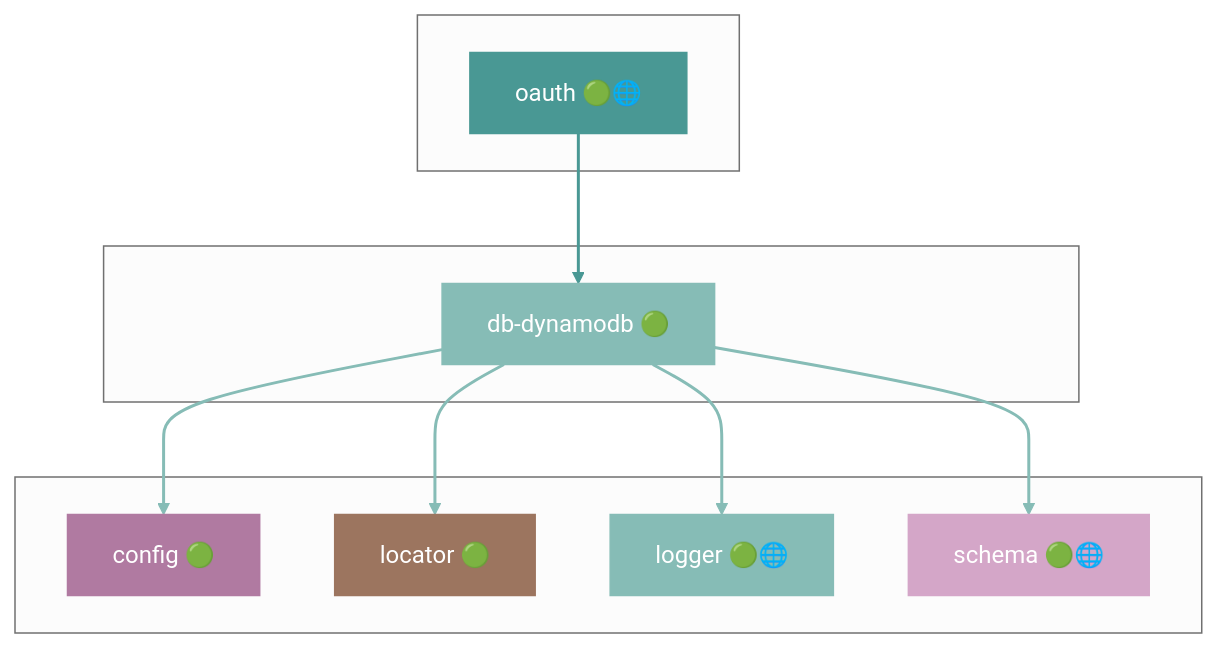
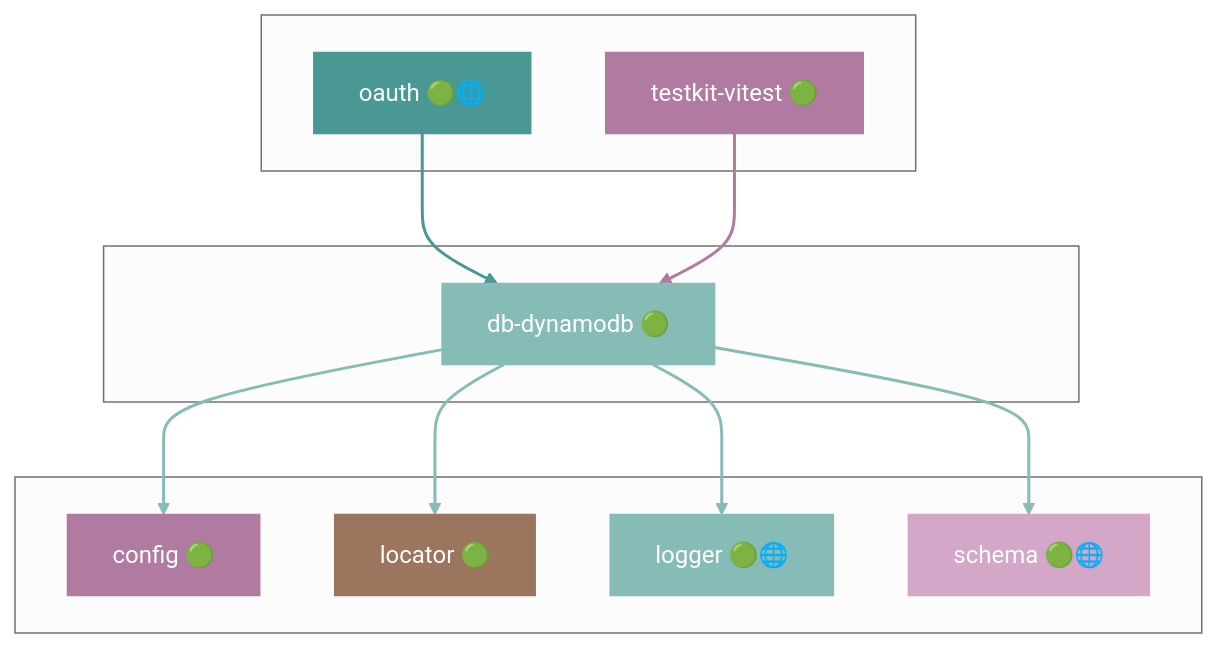
Before and after one commit to grest-ts/grest-ts: diagram 12 of 47 in docs/DEPENDENCIES.md, drawn with Mermaid (neutral theme). The commit also changed other lines of this file and 93 other files, not shown here.

````diff
--- a/docs/DEPENDENCIES.md
+++ b/docs/DEPENDENCIES.md
@@ -791,31 +811,35 @@
 ```mermaid
 flowchart TB
     subgraph Dependents[" "]
         oauth["oauth 🟢🌐"]
+        testkit-vitest["testkit-vitest 🟢"]
     end
     subgraph Package[" "]
         db-dynamodb["db-dynamodb 🟢"]
     end
     subgraph Dependencies[" "]
         config["config 🟢"]
         locator["locator 🟢"]
         logger["logger 🟢🌐"]
         schema["schema 🟢🌐"]
     end
     oauth --> db-dynamodb
+    testkit-vitest --> db-dynamodb
     db-dynamodb --> config
     db-dynamodb --> locator
     db-dynamodb --> logger
     db-dynamodb --> schema
     style db-dynamodb fill:#86BCB6,stroke:#86BCB6,color:#fff
     style oauth fill:#499894,stroke:#499894,color:#fff
+    style testkit-vitest fill:#B07AA1,stroke:#B07AA1,color:#fff
     style config fill:#B07AA1,stroke:#B07AA1,color:#fff
     style locator fill:#9C755F,stroke:#9C755F,color:#fff
     style logger fill:#86BCB6,stroke:#86BCB6,color:#fff
     style schema fill:#D4A6C8,stroke:#D4A6C8,color:#fff
     linkStyle 0 stroke:#499894,stroke-width:2px
-    linkStyle 1 stroke:#86BCB6,stroke-width:2px
+    linkStyle 1 stroke:#B07AA1,stroke-width:2px
     linkStyle 2 stroke:#86BCB6,stroke-width:2px
     linkStyle 3 stroke:#86BCB6,stroke-width:2px
     linkStyle 4 stroke:#86BCB6,stroke-width:2px
+    linkStyle 5 stroke:#86BCB6,stroke-width:2px
 ```
````
